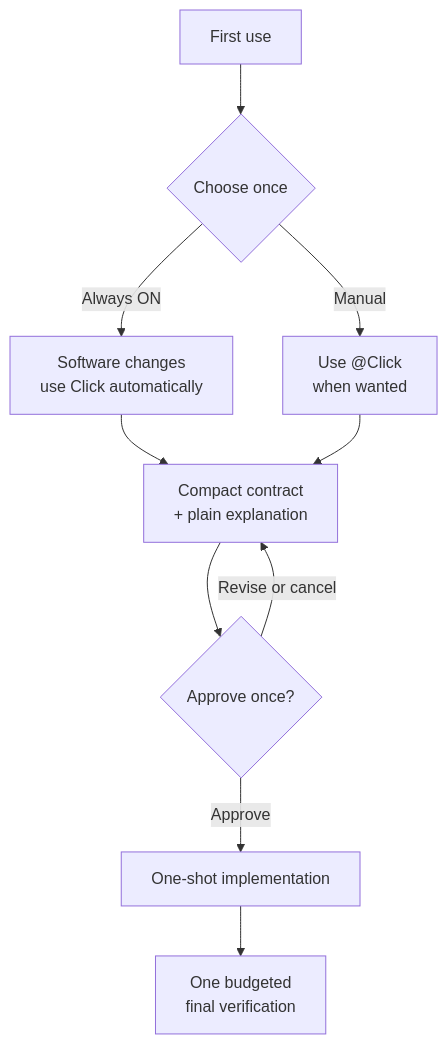
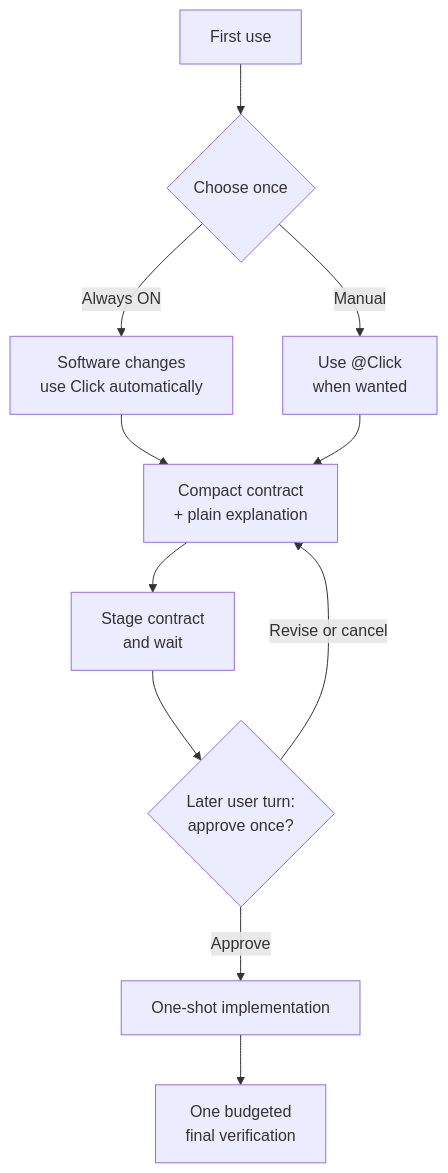
The diagram in README.md (grapefruit0205/build-brief), drawn with Mermaid before and after one commit. The commit also changed other lines of this file and 20 other files, not shown here.

````diff
--- a/README.md
+++ b/README.md
@@ -57,12 +57,13 @@
 ```mermaid
 flowchart TB
     A["First use"] --> B{"Choose once"}
     B -->|Always ON| C["Software changes<br/>use Click automatically"]
     B -->|Manual| D["Use @Click<br/>when wanted"]
     C --> E["Compact contract<br/>+ plain explanation"]
     D --> E
-    E --> F{"Approve once?"}
-    F -->|Revise or cancel| E
-    F -->|Approve| G["One-shot implementation"]
+    E --> F["Stage contract<br/>and wait"]
+    F --> I{"Later user turn:<br/>approve once?"}
+    I -->|Revise or cancel| E
+    I -->|Approve| G["One-shot implementation"]
     G --> H["One budgeted<br/>final verification"]
 ```
````
